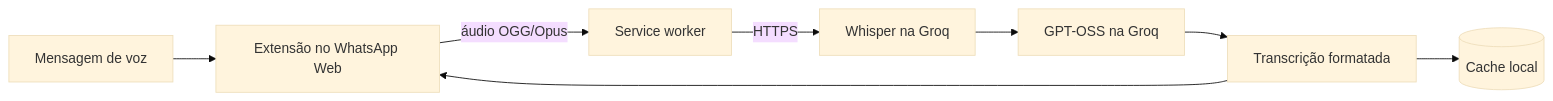
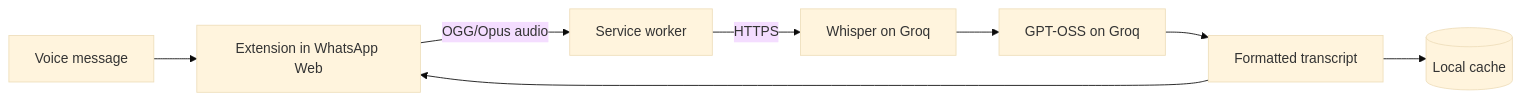
One commit to gabrielMalonso/whatsapp-audio-transcriber changed the diagram in README.md. Above: the diagram before and after it, drawn with Mermaid (base theme). The commit also changed other lines of this file and 20 other files, not shown here.

````diff
--- a/README.md
+++ b/README.md
@@ -48,10 +48,10 @@
 ```mermaid
 flowchart LR
-    A[Mensagem de voz] --> B[Extensão no WhatsApp Web]
-    B -->|áudio OGG/Opus| C[Service worker]
-    C -->|HTTPS| D[Whisper na Groq]
-    D --> E[GPT-OSS na Groq]
-    E --> F[Transcrição formatada]
-    F --> G[(Cache local)]
+    A[Voice message] --> B[Extension in WhatsApp Web]
+    B -->|OGG/Opus audio| C[Service worker]
+    C -->|HTTPS| D[Whisper on Groq]
+    D --> E[GPT-OSS on Groq]
+    E --> F[Formatted transcript]
+    F --> G[(Local cache)]
     F --> B
 ```
````
